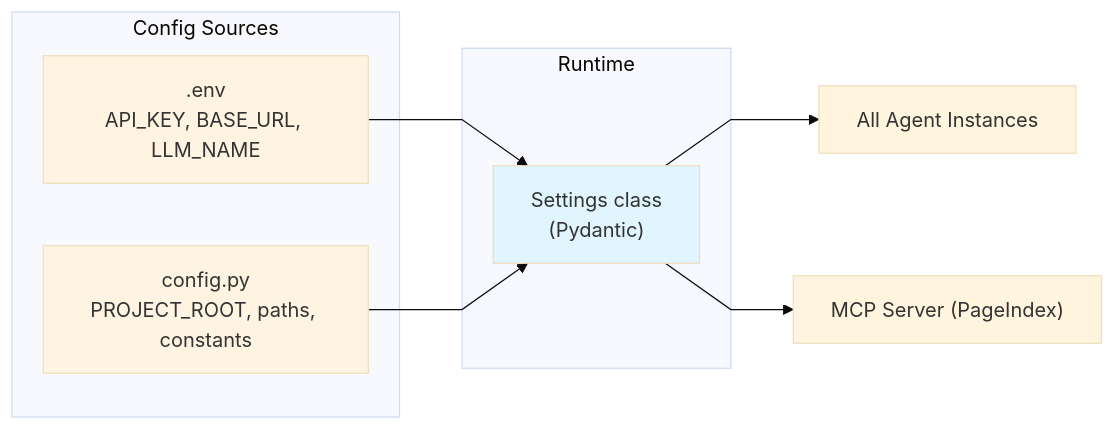
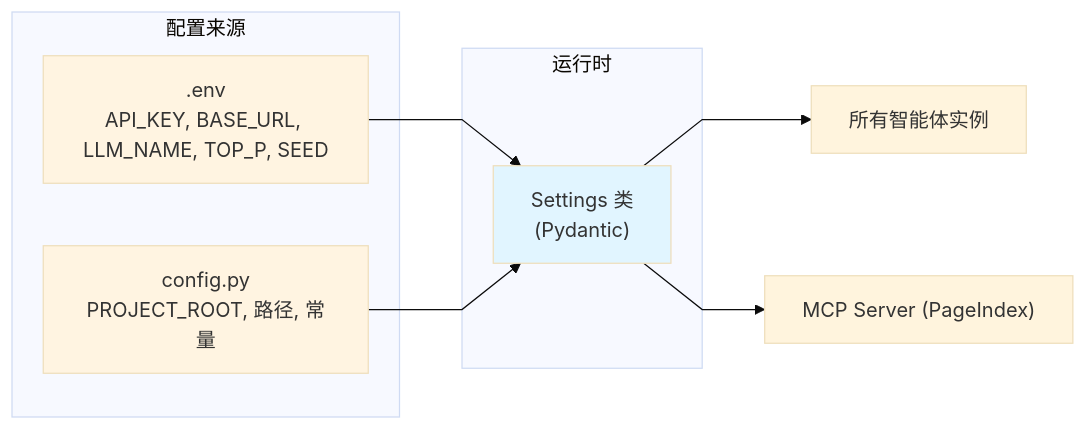
Before and after one commit to HoeTee/contract_agent: the sixth of 6 diagrams in project_intro/ARCHITECTURE.md, drawn with Mermaid. The commit also changed other lines of this file and 4571 other files, not shown here.

````diff
--- a/project_intro/ARCHITECTURE.md
+++ b/project_intro/ARCHITECTURE.md
@@ -239,21 +239,21 @@
 ```mermaid
 %%{init: {'theme':'base', 'flowchart':{'curve':'linear'}}}%%
 graph LR
-    subgraph "Config Sources"
-        ENV[".env<br/>API_KEY, BASE_URL, LLM_NAME"]
-        CFG["config.py<br/>PROJECT_ROOT, paths, constants"]
+    subgraph "配置来源"
+        ENV[".env<br/>API_KEY, BASE_URL, LLM_NAME, TOP_P, SEED"]
+        CFG["config.py<br/>PROJECT_ROOT, 路径, 常量"]
     end
 
-    subgraph "Runtime"
-        Settings["Settings class<br/>(Pydantic)"]
+    subgraph "运行时"
+        Settings["Settings 类<br/>(Pydantic)"]
     end
 
     ENV --> Settings
     CFG --> Settings
-    Settings --> Agents["All Agent Instances"]
+    Settings --> Agents["所有智能体实例"]
     Settings --> MCPServer["MCP Server (PageIndex)"]
 
     style ENV fill:#fff4e1
     style CFG fill:#fff4e1
     style Settings fill:#e1f5ff
 ```
````
